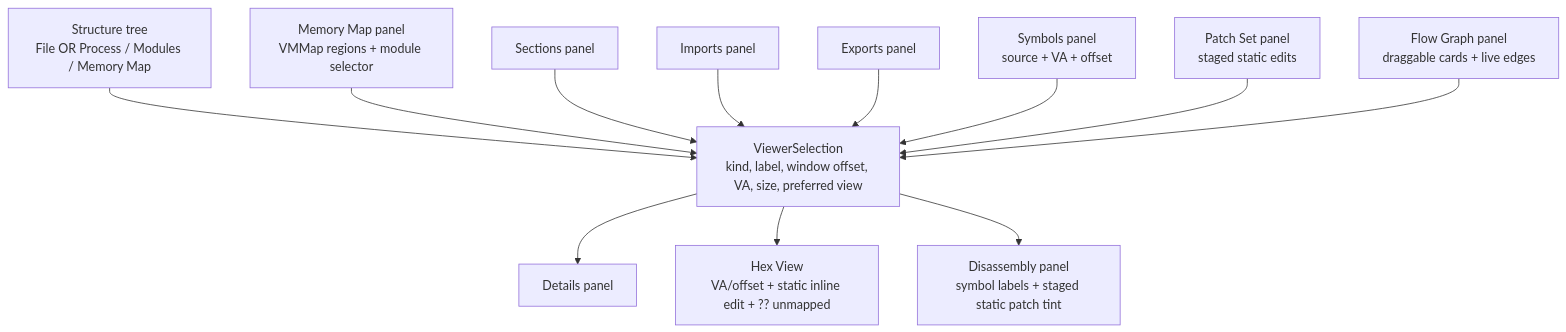
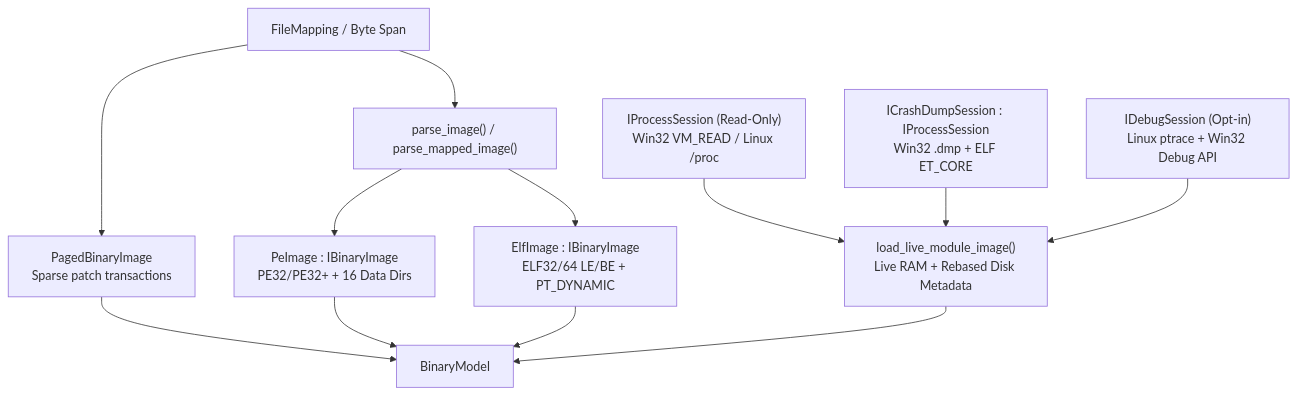
The second of 7 diagrams in docs/ARCHITECTURE.md (wsollers/exe_viewer), drawn with Mermaid before and after one commit. The commit also changed other lines of this file and 4 other files, not shown here.

Commit message:
Reconcile architecture/README docs, publish C++23 & next-gen roadmap design, and add user guide

````diff
--- a/docs/ARCHITECTURE.md
+++ b/docs/ARCHITECTURE.md
@@ -97,30 +48,25 @@
 ```mermaid
 flowchart TD
-    structure["Structure tree<br/>File OR Process / Modules / Memory Map"]
-    memmap["Memory Map panel<br/>VMMap regions + module selector"]
-    sections["Sections panel"]
-    imports["Imports panel"]
-    exports["Exports panel"]
-    symbolsPanel["Symbols panel<br/>source + VA + offset"]
-    patchPanel["Patch Set panel<br/>staged static edits"]
-    graphPanel["Flow Graph panel<br/>draggable cards + live edges"]
+    bytes["FileMapping / Byte Span"]
+    parse["parse_image() / parse_mapped_image()"]
+    pe["PeImage : IBinaryImage<br/>PE32/PE32+ + 16 Data Dirs"]
+    elf["ElfImage : IBinaryImage<br/>ELF32/64 LE/BE + PT_DYNAMIC"]
+    paged["PagedBinaryImage<br/>Sparse patch transactions"]
+    ro["IProcessSession (Read-Only)<br/>Win32 VM_READ / Linux /proc"]
+    dump["ICrashDumpSession : IProcessSession<br/>Win32 .dmp + ELF ET_CORE"]
+    dbg["IDebugSession (Opt-in)<br/>Linux ptrace + Win32 Debug API"]
+    hybrid["load_live_module_image()<br/>Live RAM + Rebased Disk Metadata"]
+    model["BinaryModel"]
 
-    selection["ViewerSelection<br/>kind, label, window offset, VA, size, preferred view"]
-
-    details["Details panel"]
-    hex["Hex View<br/>VA/offset + static inline edit + ?? unmapped"]
-    disasmPanel["Disassembly panel<br/>symbol labels + staged static patch tint"]
-
-    structure --> selection
-    memmap --> selection
-    sections --> selection
-    imports --> selection
-    exports --> selection
-    symbolsPanel --> selection
-    patchPanel --> selection
-    graphPanel --> selection
-
-    selection --> details
-    selection --> hex
-    selection --> disasmPanel
+    bytes --> parse
+    parse --> pe
+    parse --> elf
+    bytes --> paged
+    paged --> model
+    pe --> model
+    elf --> model
+    ro --> hybrid
+    dump --> hybrid
+    dbg --> hybrid
+    hybrid --> model
 ```
````
